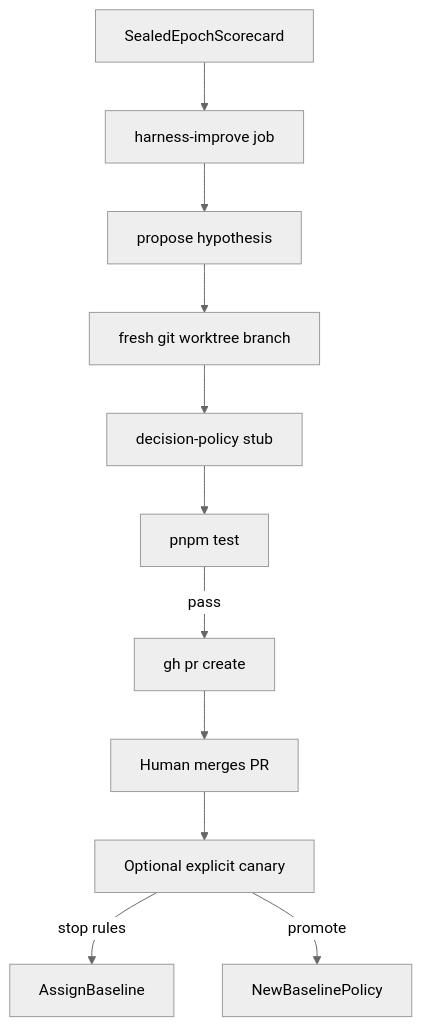
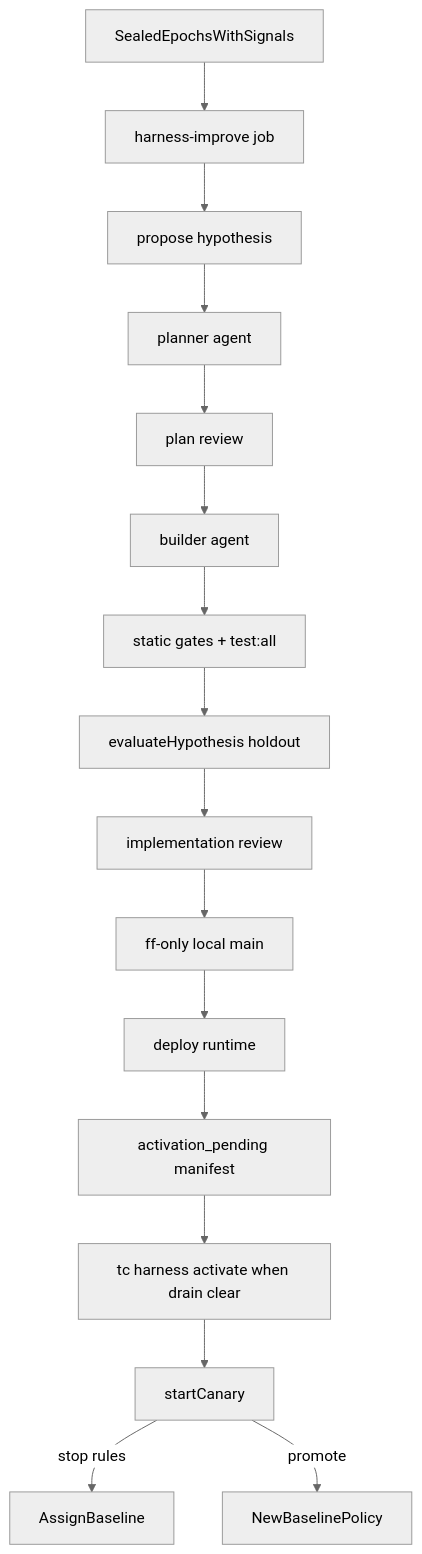
Before and after one commit to KekusPraeclarus/trenchcoat: the diagram in docs/architecture/harness-improvement.md, drawn with Mermaid (neutral theme). The commit also changed other lines of this file and 46 other files, not shown here.

First line of the commit message:
Add agent-gated harness improvement with drain-deferred activation.

````diff
--- a/docs/architecture/harness-improvement.md
+++ b/docs/architecture/harness-improvement.md
@@ -20,13 +20,18 @@
 ```mermaid
 flowchart TD
-  sealed[SealedEpochScorecard] --> job[harness-improve job]
+  sealed[SealedEpochsWithSignals] --> job[harness-improve job]
   job --> propose[propose hypothesis]
-  propose --> branch[fresh git worktree branch]
-  branch --> stub[decision-policy stub]
-  stub --> tests[pnpm test]
-  tests -->|pass| pr[gh pr create]
-  pr --> human[Human merges PR]
-  human --> canary[Optional explicit canary]
+  propose --> plan[planner agent]
+  plan --> planReview[plan review]
+  planReview --> build[builder agent]
+  build --> static[static gates + test:all]
+  static --> holdout[evaluateHypothesis holdout]
+  holdout --> implReview[implementation review]
+  implReview --> integrate[ff-only local main]
+  integrate --> deploy[deploy runtime]
+  deploy --> pending[activation_pending manifest]
+  pending --> activate[tc harness activate when drain clear]
+  activate --> canary[startCanary]
   canary -->|stop rules| rollback[AssignBaseline]
   canary -->|promote| baseline[NewBaselinePolicy]
 ```
````
